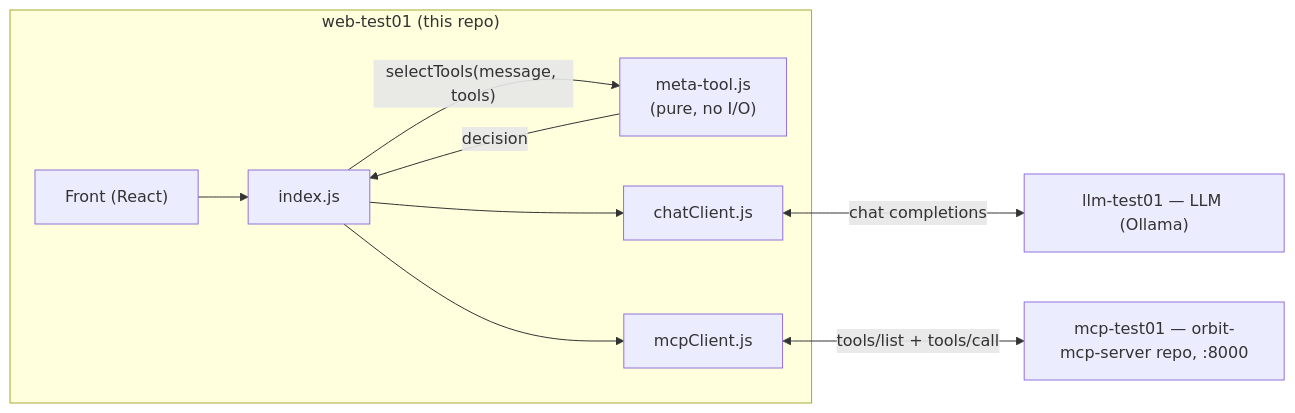
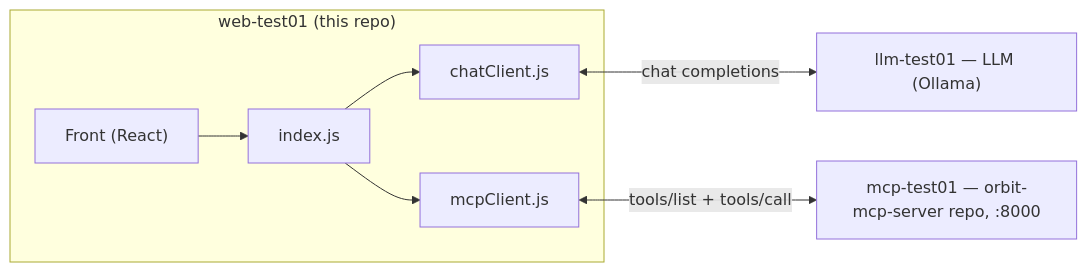
The first of 2 diagrams in README.md (AyoubProjects28/orbit-dashboard), drawn with Mermaid before and after one commit. The commit also changed other lines of this file and 4 other files, not shown here.

Commit message:
removed the meta-tool, dead code. Plus nginx template for the container

````diff
--- a/README.md
+++ b/README.md
@@ -37,17 +37,14 @@
 ```mermaid
 flowchart LR
     subgraph web ["web-test01 (this repo)"]
         FE["Front (React)"]
         BE["index.js"]
-        MT["meta-tool.js\n(pure, no I/O)"]
         CC["chatClient.js"]
         MC["mcpClient.js"]
         FE --> BE
-        BE -->|"selectTools(message, tools)"| MT
-        MT -->|"decision"| BE
         BE --> CC
         BE --> MC
     end
     CC <-->|"chat completions"| LLM["llm-test01 — LLM (Ollama)"]
     MC <-->|"tools/list + tools/call"| MCP["mcp-test01 — orbit-mcp-server repo, :8000"]
 ```
````
